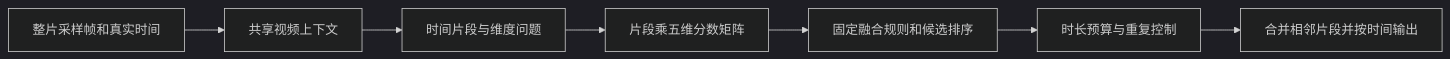
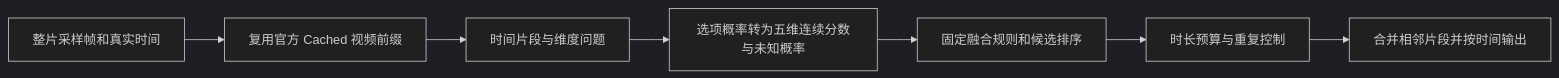
One commit to irryxeek/HighlightJEV changed the diagram in docs/highlightjev_design_discussion_2026-11-11.md. Above: the diagram before and after it, drawn with Mermaid (dark theme). The commit also changed other lines of this file and 8 other files, not shown here.

````diff
--- a/docs/highlightjev_design_discussion_2026-11-11.md
+++ b/docs/highlightjev_design_discussion_2026-11-11.md
@@ -14,9 +15,9 @@
 ```mermaid
 flowchart LR
-    V[整片采样帧和真实时间] --> C[共享视频上下文]
+    V[整片采样帧和真实时间] --> C[复用官方 Cached 视频前缀]
     C --> Q[时间片段与维度问题]
-    Q --> M[片段乘五维分数矩阵]
+    Q --> M[选项概率转为五维连续分数与未知概率]
     M --> S[固定融合规则和候选排序]
     S --> B[时长预算与重复控制]
     B --> O[合并相邻片段并按时间输出]
 ```
````
